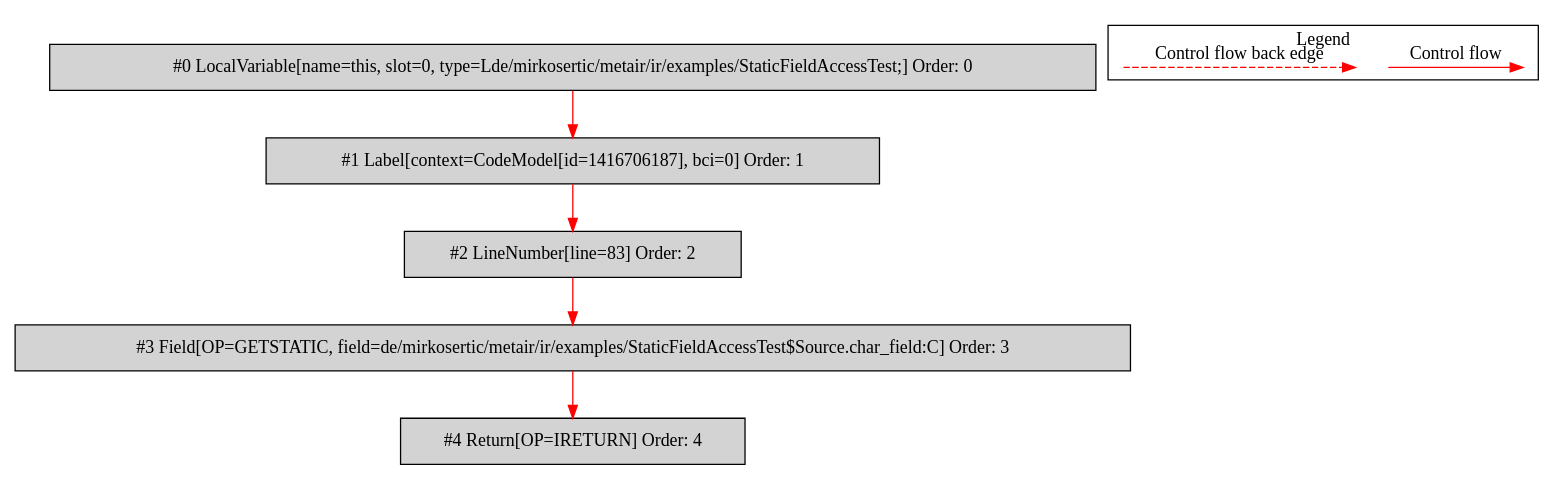
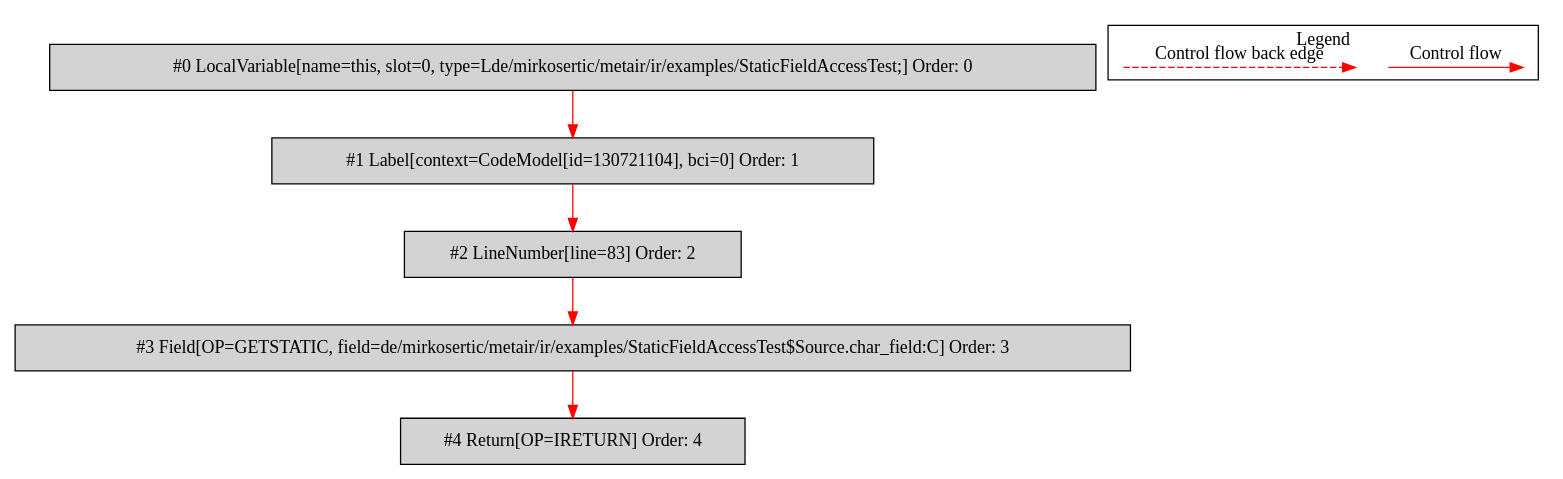
The diagram in de.mirkosertic.metair.ir.examples.StaticFieldAccessTest/return_char/bytecodecfg.dot (mirkosertic/MetaIR), drawn with Graphviz before and after one commit. The commit also changed 688 other files, not shown here.

```diff
--- a/de.mirkosertic.metair.ir.examples.StaticFieldAccessTest/return_char/bytecodecfg.dot
+++ b/de.mirkosertic.metair.ir.examples.StaticFieldAccessTest/return_char/bytecodecfg.dot
@@ -1,25 +1,25 @@
 digraph {
  node0[label="#0 LocalVariable[name=this, slot=0, type=Lde/mirkosertic/metair/ir/examples/StaticFieldAccessTest;] Order: 0", shape=box, fillcolor=lightgrey, style=filled];
- node1[label="#1 Label[context=CodeModel[id=1416706187], bci=0] Order: 1", shape=box, fillcolor=lightgrey, style=filled];
+ node1[label="#1 Label[context=CodeModel[id=130721104], bci=0] Order: 1", shape=box, fillcolor=lightgrey, style=filled];
  node2[label="#2 LineNumber[line=83] Order: 2", shape=box, fillcolor=lightgrey, style=filled];
  node3[label="#3 Field[OP=GETSTATIC, field=de/mirkosertic/metair/ir/examples/StaticFieldAccessTest$Source.char_field:C] Order: 3", shape=box, fillcolor=lightgrey, style=filled];
  node4[label="#4 Return[OP=IRETURN] Order: 4", shape=box, fillcolor=lightgrey, style=filled];
  node0 -> node1[color=red];
  node1 -> node2[color=red];
  node2 -> node3[color=red];
  node3 -> node4[color=red];
  subgraph cluster_000 {
   label = "Legend";
   node [shape=point]
   {
    rank=same;
    c0 [style = invis];
    c1 [style = invis];
    c2 [style = invis];
    c3 [style = invis];
   }
   c0 -> c1 [label="Control flow", style=solid, color=red]
   c2 -> c3 [label="Control flow back edge", style=dashed, color=red]
  }
 
 }
```
